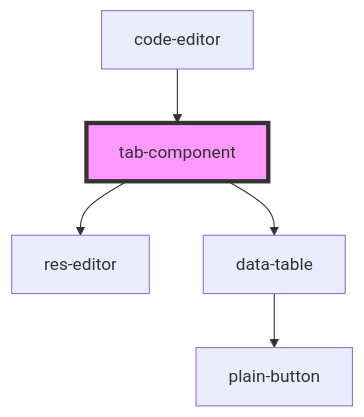
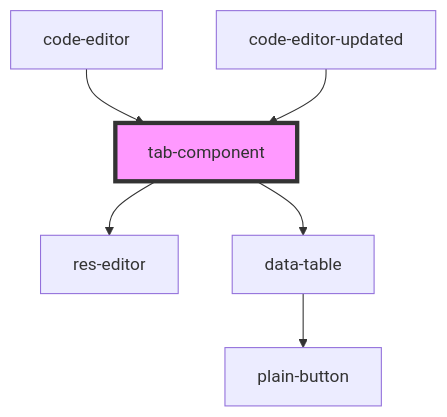
One commit to techvariable/NeptuneConnectComponents changed the diagram in src/components/tab-component/readme.md. Above: the diagram before and after it, drawn with Mermaid. The commit also changed other lines of this file and 10 other files, not shown here.

Commit message:
creating new code-editor-updated component for introducing new features

````diff
--- a/src/components/tab-component/readme.md
+++ b/src/components/tab-component/readme.md
@@ -28,8 +29,9 @@
 ```mermaid
 graph TD;
   tab-component --> res-editor
   tab-component --> data-table
   data-table --> plain-button
   code-editor --> tab-component
+  code-editor-updated --> tab-component
   style tab-component fill:#f9f,stroke:#333,stroke-width:4px
 ```
````
